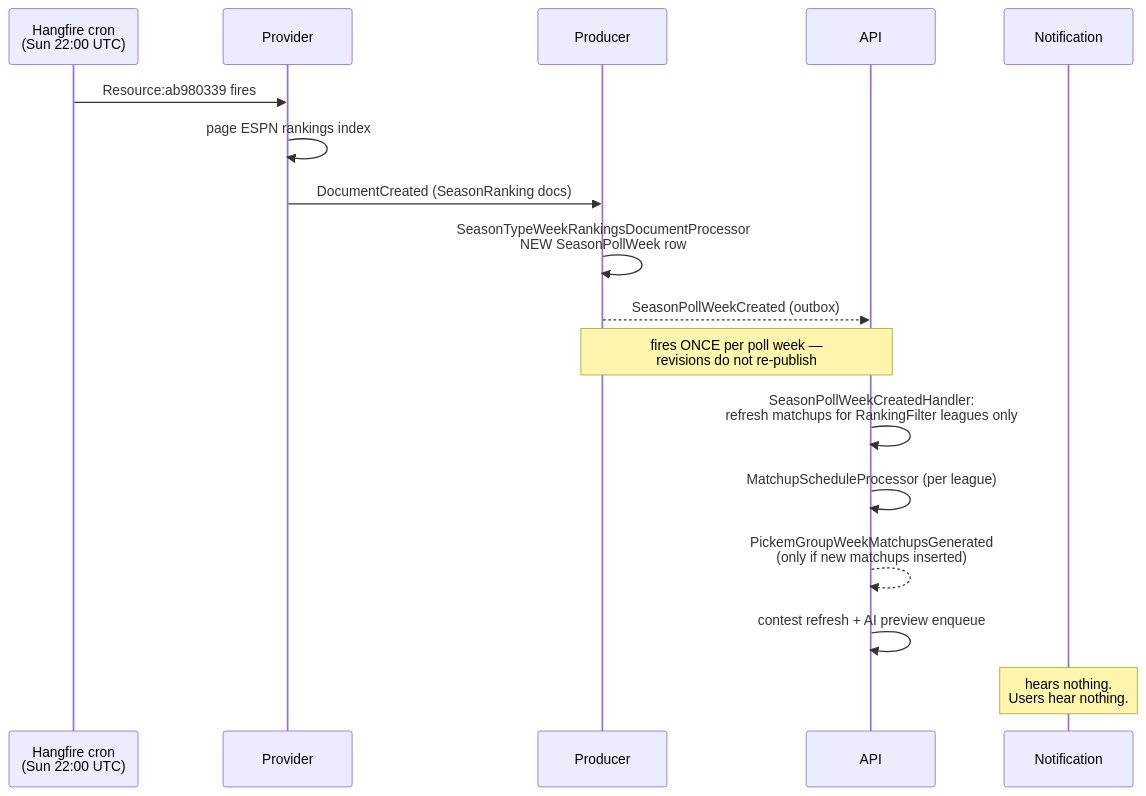
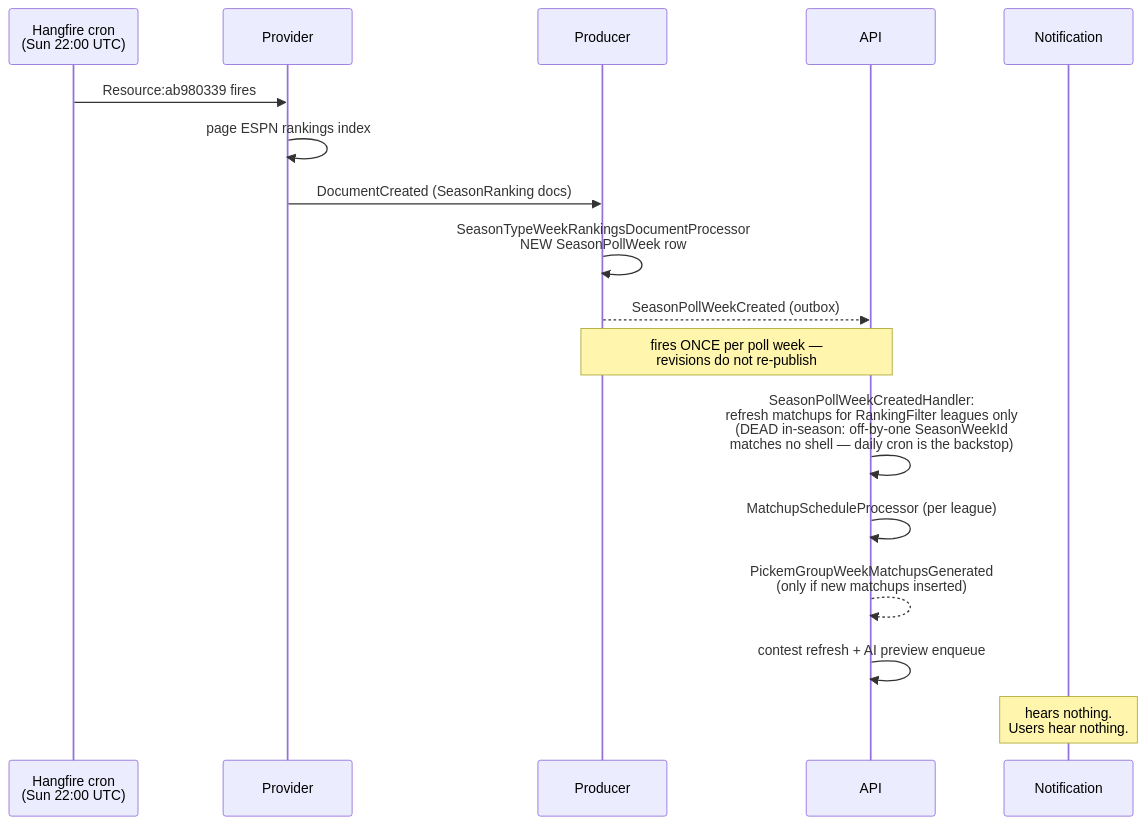
The first of 3 diagrams in docs/features/poll-release-notifications.md (jrandallsexton/sports-data-core), drawn with Mermaid before and after one commit. The commit also changed other lines of this file, not shown here.

First line of the commit message:
docs(pr-741): round 3 - reconcile refresh-path claims with the verified dead fast path

````diff
--- a/docs/features/poll-release-notifications.md
+++ b/docs/features/poll-release-notifications.md
@@ -48,20 +48,20 @@
 ```mermaid
 sequenceDiagram
     participant Cron as Hangfire cron<br/>(Sun 22:00 UTC)
     participant Prov as Provider
     participant Prod as Producer
     participant API as API
     participant Notif as Notification
 
     Cron->>Prov: Resource:ab980339 fires
     Prov->>Prov: page ESPN rankings index
     Prov->>Prod: DocumentCreated (SeasonRanking docs)
     Prod->>Prod: SeasonTypeWeekRankingsDocumentProcessor<br/>NEW SeasonPollWeek row
     Prod-->>API: SeasonPollWeekCreated (outbox)
     Note over Prod,API: fires ONCE per poll week —<br/>revisions do not re-publish
-    API->>API: SeasonPollWeekCreatedHandler:<br/>refresh matchups for RankingFilter leagues only
+    API->>API: SeasonPollWeekCreatedHandler:<br/>refresh matchups for RankingFilter leagues only<br/>(DEAD in-season: off-by-one SeasonWeekId<br/>matches no shell — daily cron is the backstop)
     API->>API: MatchupScheduleProcessor (per league)
     API-->>API: PickemGroupWeekMatchupsGenerated<br/>(only if new matchups inserted)
     API->>API: contest refresh + AI preview enqueue
     Note over Notif: hears nothing.<br/>Users hear nothing.
 ```
````
